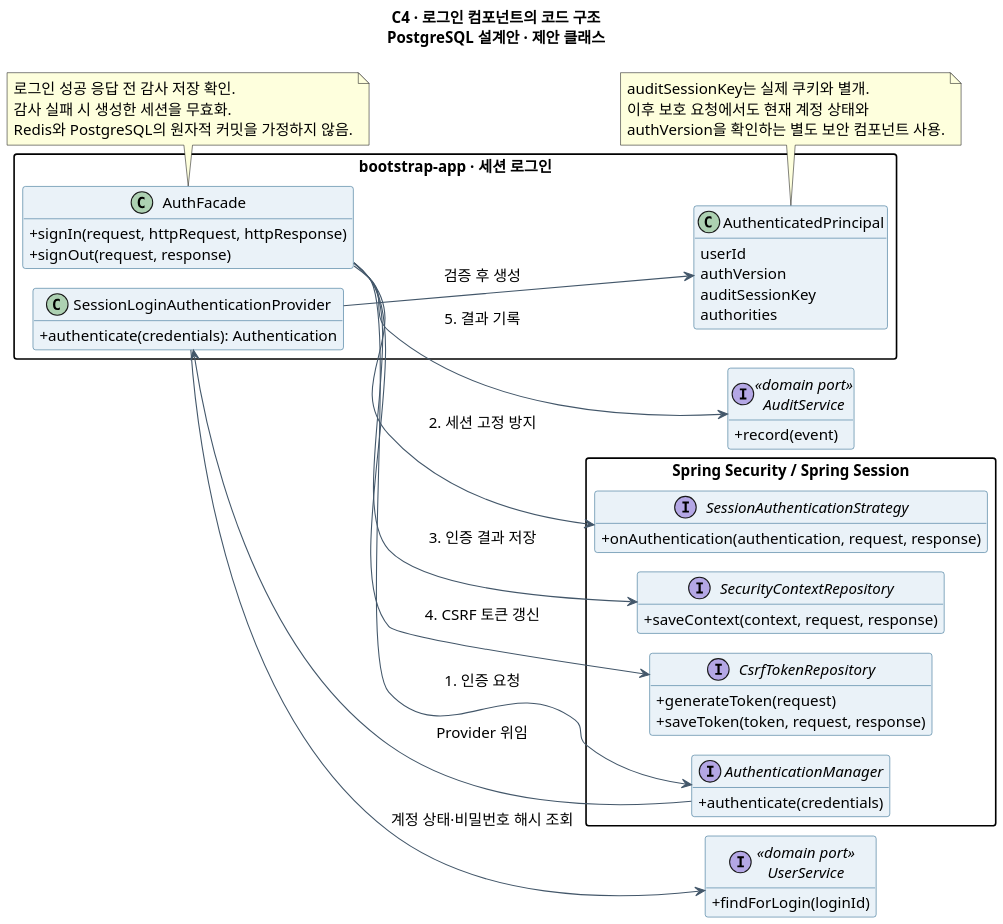
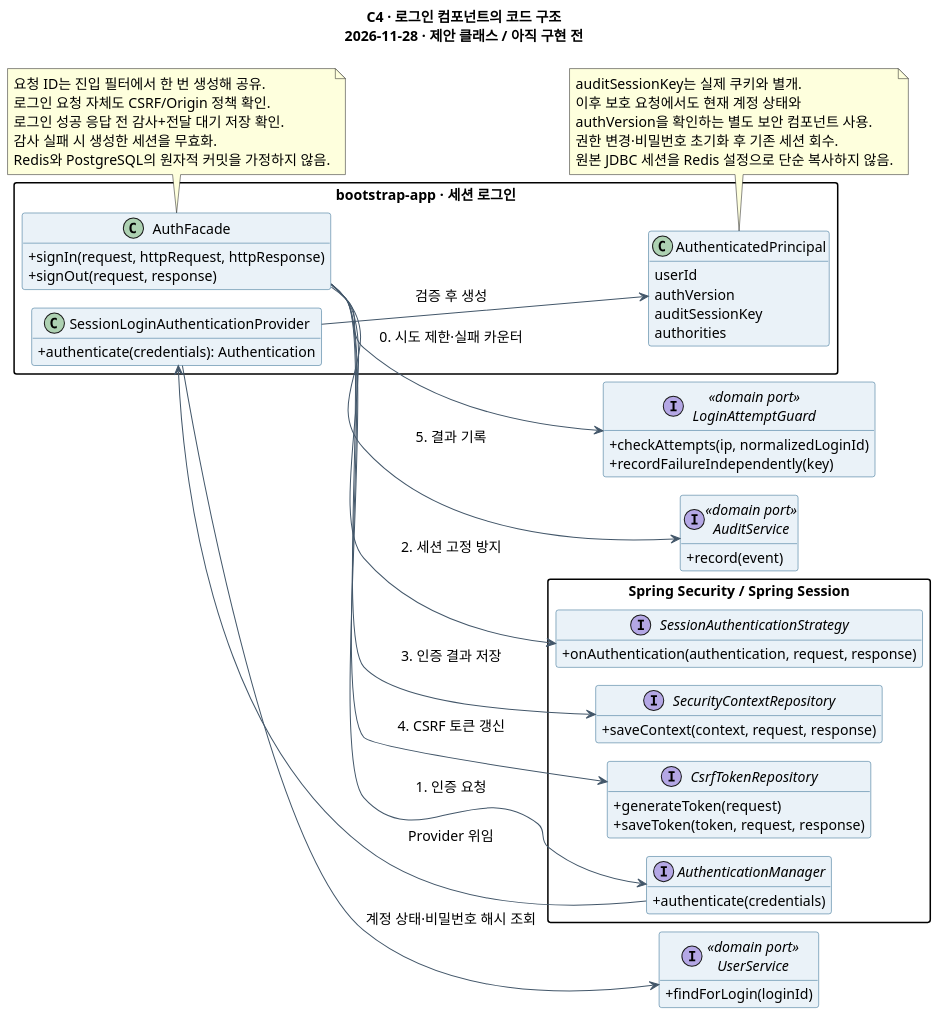
One commit to ZETTY-ZEROTRUST/backend changed the diagram in docs/architecture/session-backend-c4/c4-login-code.puml. Above: the diagram before and after it, drawn with PlantUML. The commit also changed 28 other files, not shown here.

Commit message:
docs(architecture): 세션 백엔드와 UBA C4 설계 갱신

```diff
--- a/docs/architecture/session-backend-c4/c4-login-code.puml
+++ b/docs/architecture/session-backend-c4/c4-login-code.puml
@@ -1,72 +1,81 @@
 @startuml
 !pragma layout smetana
 skinparam defaultFontName "Apple SD Gothic Neo"
 skinparam defaultFontSize 14
 skinparam backgroundColor #FFFFFF
 skinparam shadowing false
-skinparam dpi 150
+skinparam dpi 140
 left to right direction
 hide empty members
 skinparam classAttributeIconSize 0
 skinparam packageStyle rectangle
 skinparam classBackgroundColor #EAF2F8
 skinparam classBorderColor #25638B
 skinparam ArrowColor #43576A
 skinparam nodesep 35
 skinparam ranksep 45
-title C4 · 로그인 컴포넌트의 코드 구조\nPostgreSQL 설계안 · 제안 클래스
+title C4 · 로그인 컴포넌트의 코드 구조\n2026-11-28 · 제안 클래스 / 아직 구현 전
 package "bootstrap-app · 세션 로그인" {
  class AuthFacade {
    +signIn(request, httpRequest, httpResponse)
    +signOut(request, response)
  }
  class SessionLoginAuthenticationProvider {
    +authenticate(credentials): Authentication
  }
  class AuthenticatedPrincipal {
    userId
    authVersion
    auditSessionKey
    authorities
  }
 }
 package "Spring Security / Spring Session" {
  interface AuthenticationManager {
    +authenticate(credentials)
  }
  interface SessionAuthenticationStrategy {
    +onAuthentication(authentication, request, response)
  }
  interface SecurityContextRepository {
    +saveContext(context, request, response)
  }
  interface CsrfTokenRepository {
    +generateToken(request)
    +saveToken(token, request, response)
  }
 }
+interface LoginAttemptGuard <<domain port>> {
+ +checkAttempts(ip, normalizedLoginId)
+ +recordFailureIndependently(key)
+}
 interface UserService <<domain port>> {
  +findForLogin(loginId)
 }
 interface AuditService <<domain port>> {
  +record(event)
 }
+AuthFacade --> LoginAttemptGuard : 0. 시도 제한·실패 카운터
 AuthFacade --> AuthenticationManager : 1. 인증 요청
 AuthenticationManager --> SessionLoginAuthenticationProvider : Provider 위임
 SessionLoginAuthenticationProvider --> UserService : 계정 상태·비밀번호 해시 조회
 SessionLoginAuthenticationProvider --> AuthenticatedPrincipal : 검증 후 생성
 AuthFacade --> SessionAuthenticationStrategy : 2. 세션 고정 방지
 AuthFacade --> SecurityContextRepository : 3. 인증 결과 저장
 AuthFacade --> CsrfTokenRepository : 4. CSRF 토큰 갱신
 AuthFacade --> AuditService : 5. 결과 기록
 note bottom of AuthFacade
- 로그인 성공 응답 전 감사 저장 확인.
+ 요청 ID는 진입 필터에서 한 번 생성해 공유.
+ 로그인 요청 자체도 CSRF/Origin 정책 확인.
+ 로그인 성공 응답 전 감사+전달 대기 저장 확인.
  감사 실패 시 생성한 세션을 무효화.
  Redis와 PostgreSQL의 원자적 커밋을 가정하지 않음.
 end note
 note bottom of AuthenticatedPrincipal
  auditSessionKey는 실제 쿠키와 별개.
  이후 보호 요청에서도 현재 계정 상태와
  authVersion을 확인하는 별도 보안 컴포넌트 사용.
+ 권한 변경·비밀번호 초기화 후 기존 세션 회수.
+ 원본 JDBC 세션을 Redis 설정으로 단순 복사하지 않음.
 end note
 @enduml
```
